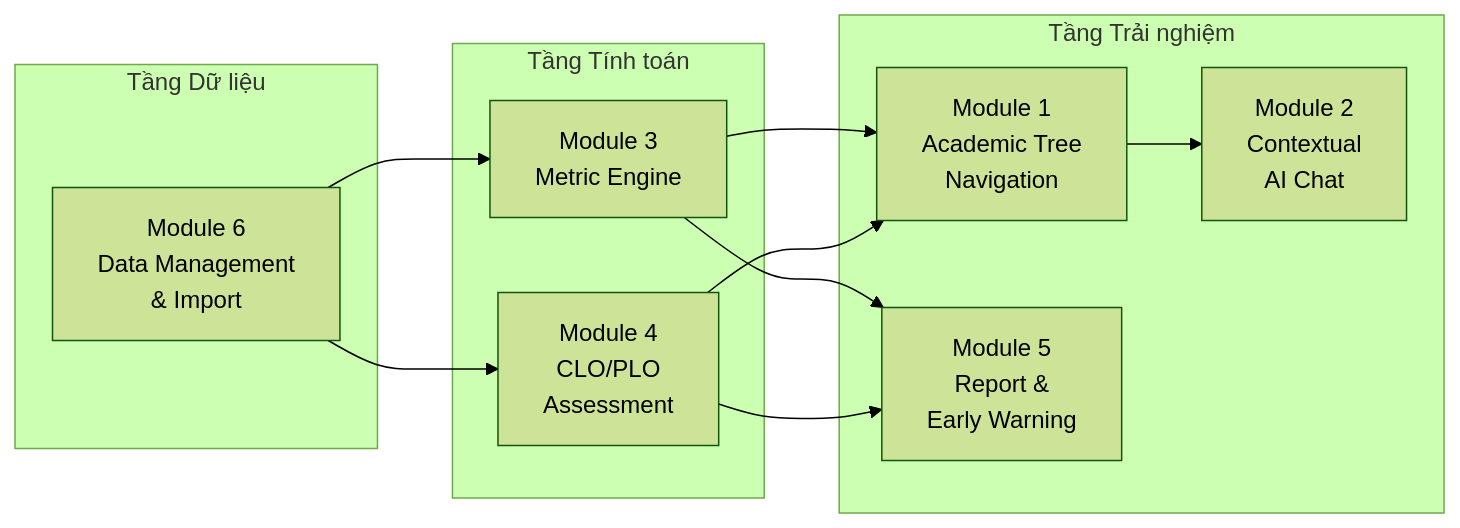
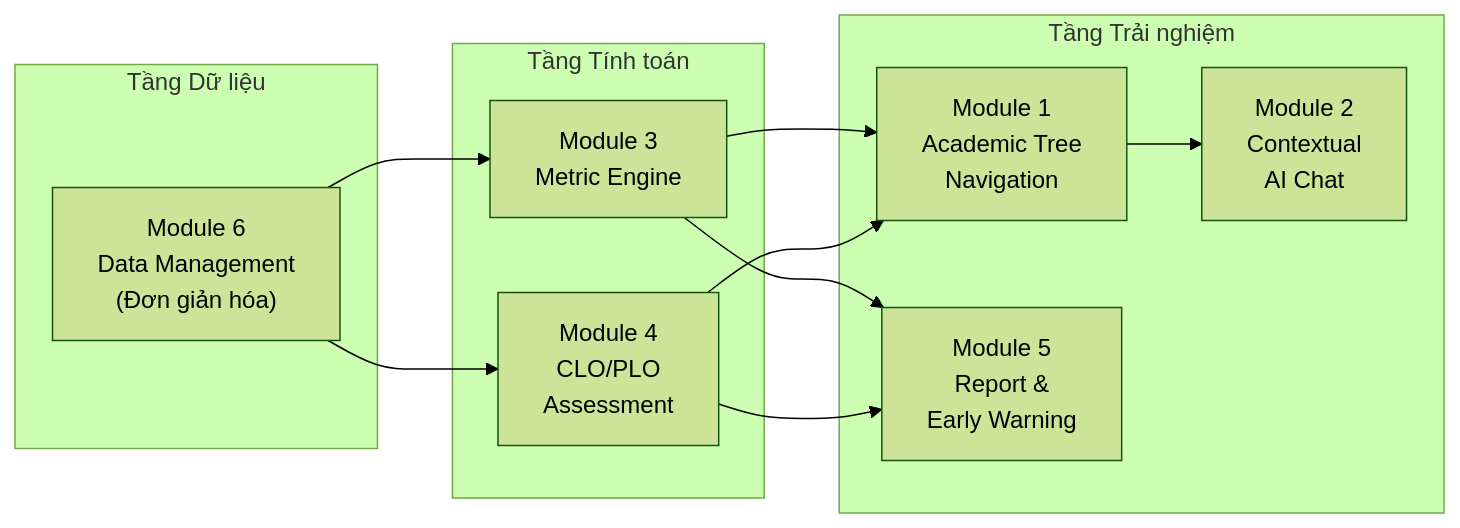
Before and after one commit to ritvien/-Learning-Analytics-AI: the first of 6 diagrams in docs/02-PRD/PRD.md, drawn with Mermaid (forest theme). The commit also changed other lines of this file and 1 other file, not shown here.

Commit message:
docs: tick H6 as done and simplify PRD module 6

````diff
--- a/docs/02-PRD/PRD.md
+++ b/docs/02-PRD/PRD.md
@@ -23,25 +23,25 @@
 ```mermaid
 graph LR
     subgraph "Tầng Dữ liệu"
-        M6["Module 6<br/>Data Management<br/>& Import"]
+        M6["Module 6<br/>Data Management<br/>(Đơn giản hóa)"]
     end
 
     subgraph "Tầng Tính toán"
         M3["Module 3<br/>Metric Engine"]
         M4["Module 4<br/>CLO/PLO<br/>Assessment"]
     end
 
     subgraph "Tầng Trải nghiệm"
         M1["Module 1<br/>Academic Tree<br/>Navigation"]
         M2["Module 2<br/>Contextual<br/>AI Chat"]
         M5["Module 5<br/>Report &<br/>Early Warning"]
     end
 
     M6 --> M3
     M6 --> M4
     M3 --> M1
     M4 --> M1
     M1 --> M2
     M3 --> M5
     M4 --> M5
 ```
````
